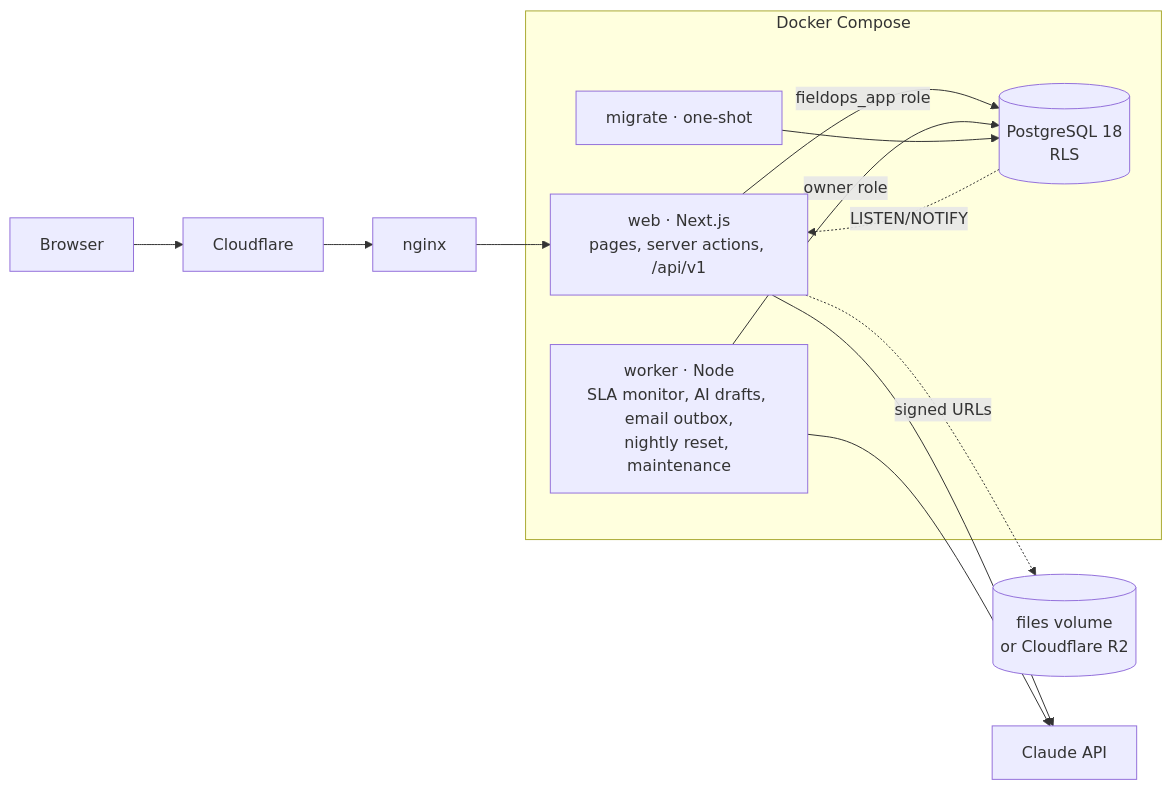
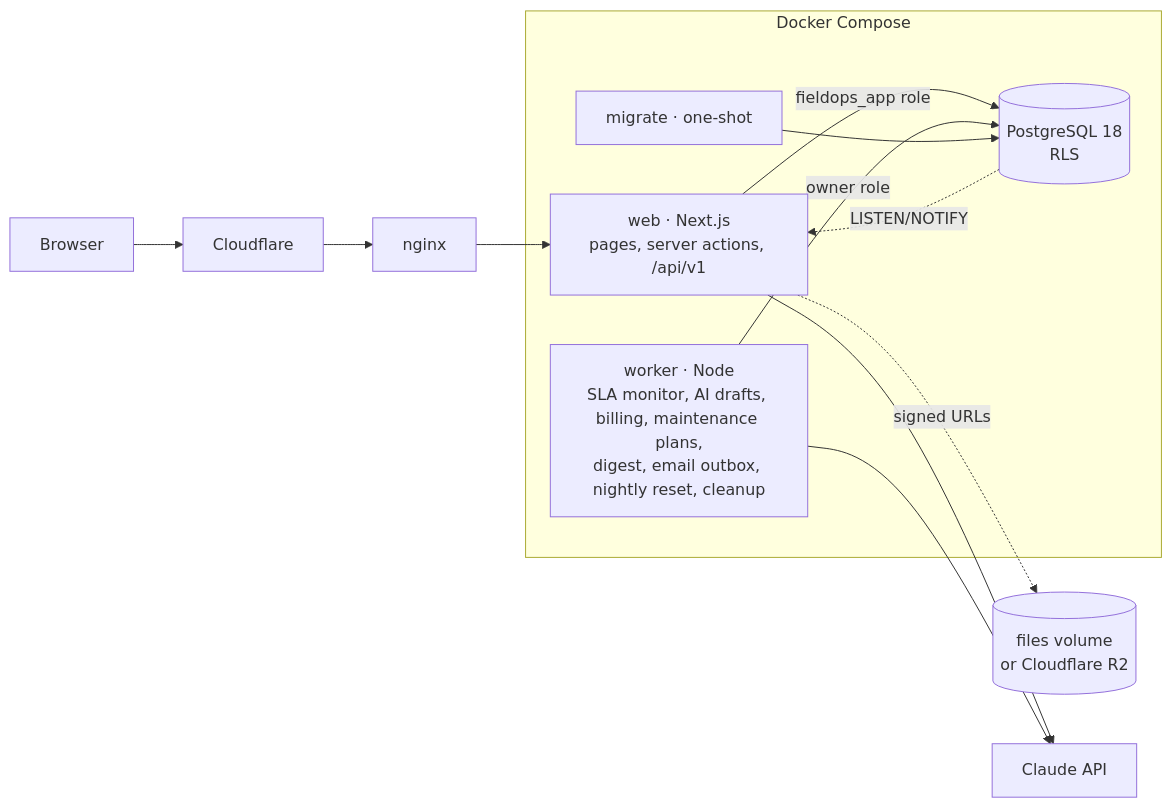
Before and after one commit to guzmanloeracode/fieldops: the diagram in README.md, drawn with Mermaid. The commit also changed other lines of this file and 1 other file, not shown here.

````diff
--- a/README.md
+++ b/README.md
@@ -90,17 +113,17 @@
 ```mermaid
 flowchart LR
     B[Browser] --> CF[Cloudflare] --> NX[nginx] --> WEB
     subgraph Docker Compose
       WEB[web · Next.js<br/>pages, server actions, /api/v1]
-      WK[worker · Node<br/>SLA monitor, AI drafts, email outbox,<br/>nightly reset, maintenance]
+      WK[worker · Node<br/>SLA monitor, AI drafts, billing, maintenance plans,<br/>digest, email outbox, nightly reset, cleanup]
       MG[migrate · one-shot]
       PG[(PostgreSQL 18<br/>RLS)]
     end
     WEB -->|fieldops_app role| PG
     WK -->|owner role| PG
     MG --> PG
     PG -. LISTEN/NOTIFY .-> WEB
     WEB -. signed URLs .-> FS[(files volume<br/>or Cloudflare R2)]
     WEB --> AI[Claude API]
     WK --> AI
 ```
````
